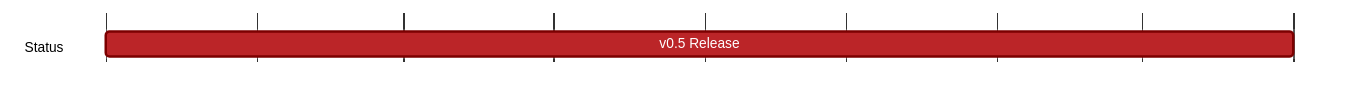
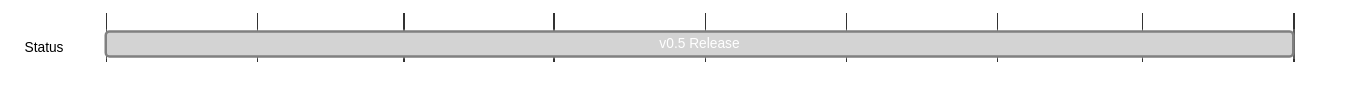
Before and after one commit to logos-co/roadmap: the diagram in content/vac/acz/zerokit/vac/zerokit-v0-5.md, drawn with Mermaid. The commit also changed other lines of this file and 6 other files, not shown here.

Commit message:
chore(acz): update roadmap with progress uptil July, 2024 (#80)

````diff
--- a/content/vac/acz/zerokit/vac/zerokit-v0-5.md
+++ b/content/vac/acz/zerokit/vac/zerokit-v0-5.md
@@ -6,20 +6,20 @@
 ```mermaid
 %%{ 
   init: { 
     'theme': 'base', 
     'themeVariables': { 
       'primaryColor': '#BB2528', 
       'primaryTextColor': '#fff', 
       'primaryBorderColor': '#7C0000', 
       'lineColor': '#F8B229', 
       'secondaryColor': '#006100', 
       'tertiaryColor': '#fff' 
     } 
   } 
 }%%
 gantt
   tickInterval 1month
 	dateFormat YYYY-MM-DD
 	section Status
-		v0.5 Release: 2023-10-01, 2024-06-01
+		v0.5 Release: done, 2023-10-01, 2024-06-01
 ```
````
